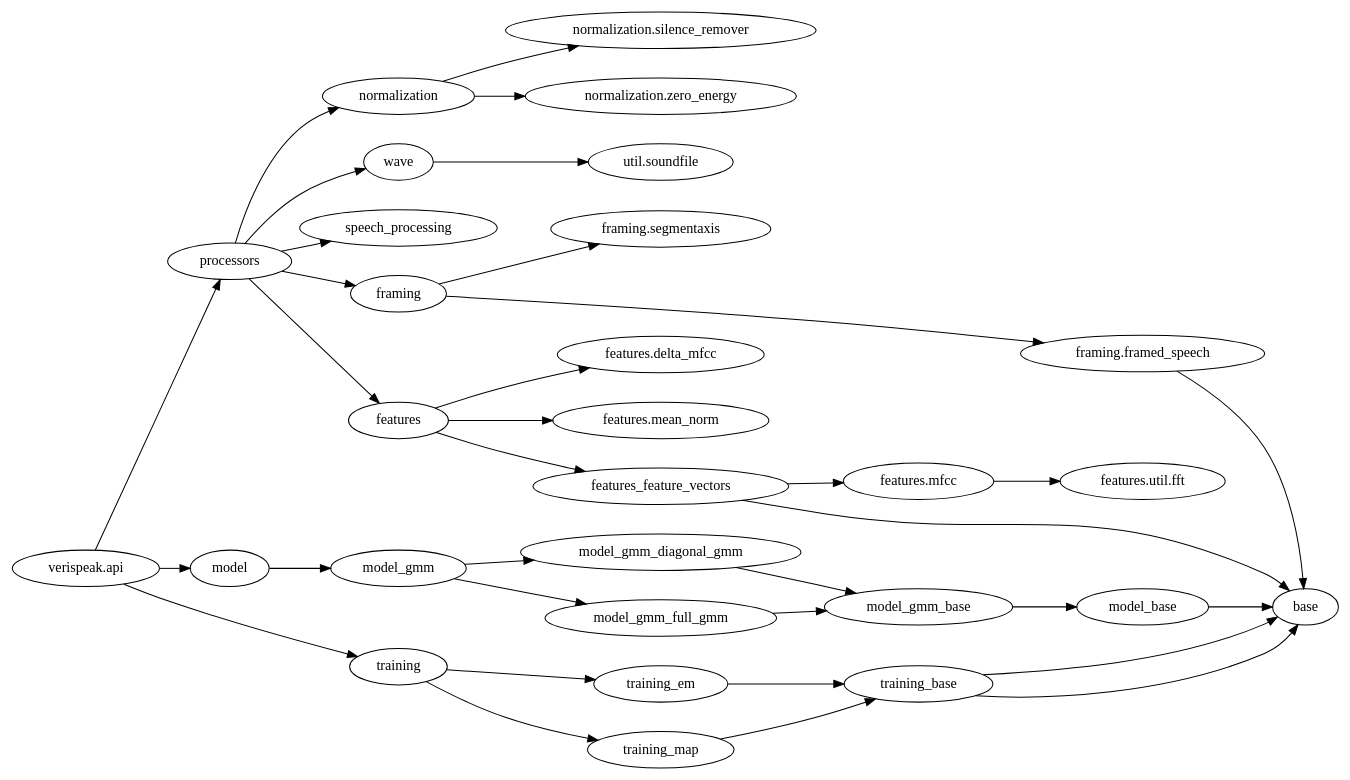
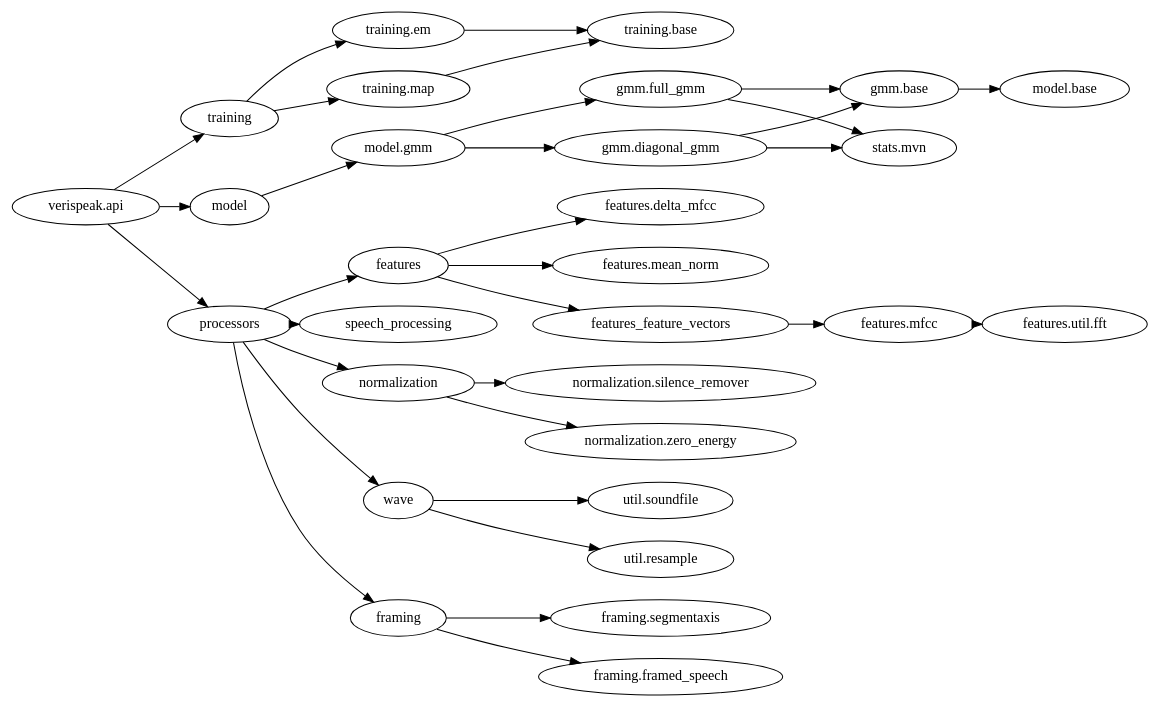
Before and after one commit to freevoid/verispeak_bachelor: the diagram in report/dot/import_graph_verispeak.dot, drawn with Graphviz. The commit also changed 13 other files, not shown here.

```diff
--- a/report/dot/import_graph_verispeak.dot
+++ b/report/dot/import_graph_verispeak.dot
@@ -1,53 +1,72 @@
 digraph import_graph {
 node[style="ordnode"];
 
 rankdir=LR;
 ranksep=.1;
-nodesep=.4;
+nodesep=.3;
 
-verispeak_api[label="verispeak.api"]
+verispeak_api[label="verispeak.api", style="ordnode"]
 features_mfcc[label="features.mfcc"]
 features_delta_mfcc[label="features.delta_mfcc"]
 features_mean_norm[label="features.mean_norm"]
 features_util_fft[label="features.util.fft"]
 framing_segmentaxis[label="framing.segmentaxis"]
 framing_framed_speech[label="framing.framed_speech"]
 normalization_silence_remover[label="normalization.silence_remover"]
 normalization_zero_energy_frames[label="normalization.zero_energy"]
 util_soundfile[label="util.soundfile"]
+util_resample[label="util.resample"]
+stats_mvn[label="stats.mvn"]
+
+speech_processing[style="last"]
+
+model_gmm[label="model.gmm"]
+model_gmm_diagonal_gmm[label="gmm.diagonal_gmm"]
+model_gmm_full_gmm[label="gmm.full_gmm"]
+model_gmm_base[label="gmm.base", style="last"]
+model_base[label="model.base"]
+
+training_em[label="training.em"]
+training_map[label="training.map"]
+training_base[label="training.base", style="last"]
 
 verispeak_api -> processors;
 verispeak_api -> training;
 verispeak_api -> model;
 
-processors -> speech_processing;
+processors -> speech_processing ;//-> base;
 processors -> normalization;
 processors -> wave;
 processors -> features;
 processors -> framing;
 
+processors -> model_gmm[style="invis"];
 model -> features [style="invis"];
-model -> training [style="invis"];
+training -> model_gmm [style="invis"];
 
 wave -> util_soundfile
+wave -> util_resample
 
 features -> features_feature_vectors -> features_mfcc;
                                features_mfcc -> features_util_fft;
-            features_feature_vectors -> base;
+            features_feature_vectors ;//-> base;
 
 features -> features_delta_mfcc;
 features -> features_mean_norm;
 
-training -> training_em -> training_base -> base;
-training -> training_map -> training_base -> base;
+training -> training_em -> training_base ;//-> base;
+training -> training_map -> training_base;
 
 model -> model_gmm;
 model_gmm -> model_gmm_diagonal_gmm -> model_gmm_base;
-model_gmm -> model_gmm_full_gmm -> model_gmm_base -> model_base -> base;
+model_gmm -> model_gmm_full_gmm -> model_gmm_base -> model_base ;//-> base;
+
+model_gmm_diagonal_gmm -> stats_mvn
+model_gmm_full_gmm -> stats_mvn
 
 framing -> framing_segmentaxis;
-framing -> framing_framed_speech -> base;
+framing -> framing_framed_speech ;//-> base;
 
 normalization -> normalization_silence_remover;
 normalization -> normalization_zero_energy_frames;
 }
```
